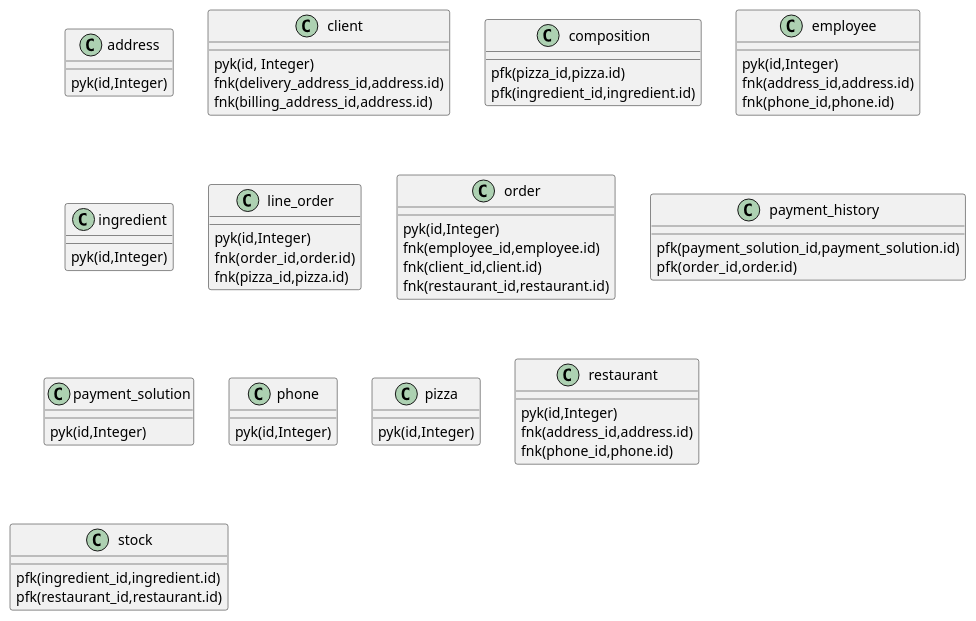
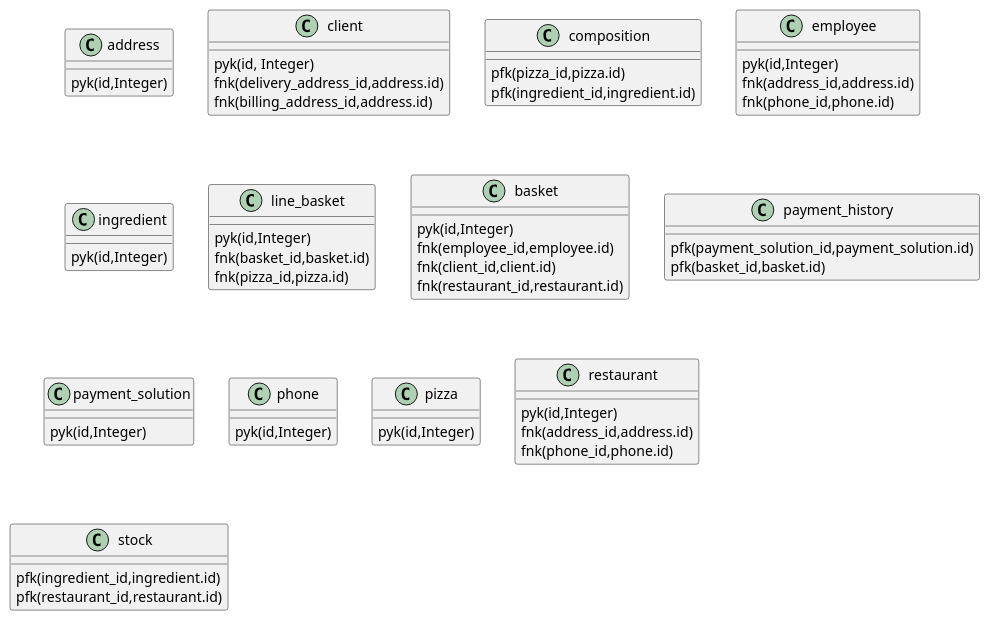
One commit to freezed/ocp6 changed the diagram in src-puml/keys.iuml. Above: the diagram before and after it, drawn with PlantUML. The commit also changed 1 other file, not shown here.

Commit message:
Changes SQL-reserved word order by basket

```diff
--- a/src-puml/keys.iuml
+++ b/src-puml/keys.iuml
@@ -1,54 +1,54 @@
 /' = = = = = = = KEY = = = = = = = '/
 class address {
     pyk(id,Integer)
 }
 class client {
     pyk(id, Integer)
     fnk(delivery_address_id,address.id)
     fnk(billing_address_id,address.id)
 }
 class composition {
     pfk(pizza_id,pizza.id)
     pfk(ingredient_id,ingredient.id)
 }
 class employee {
     pyk(id,Integer)
     fnk(address_id,address.id)
     fnk(phone_id,phone.id)
 }
 class ingredient {
     pyk(id,Integer)
 }
-class line_order {
+class line_basket {
     pyk(id,Integer)
-    fnk(order_id,order.id)
+    fnk(basket_id,basket.id)
     fnk(pizza_id,pizza.id)
 }
-class order {
+class basket {
     pyk(id,Integer)
     fnk(employee_id,employee.id)
     fnk(client_id,client.id)
     fnk(restaurant_id,restaurant.id)
 }
 class payment_history {
     pfk(payment_solution_id,payment_solution.id)
-    pfk(order_id,order.id)
+    pfk(basket_id,basket.id)
 }
 class payment_solution {
     pyk(id,Integer)
 }
 class phone {
     pyk(id,Integer)
 }
 class pizza {
     pyk(id,Integer)
 }
 class restaurant {
     pyk(id,Integer)
     fnk(address_id,address.id)
     fnk(phone_id,phone.id)
 }
 class stock {
     pfk(ingredient_id,ingredient.id)
     pfk(restaurant_id,restaurant.id)
 }
```
